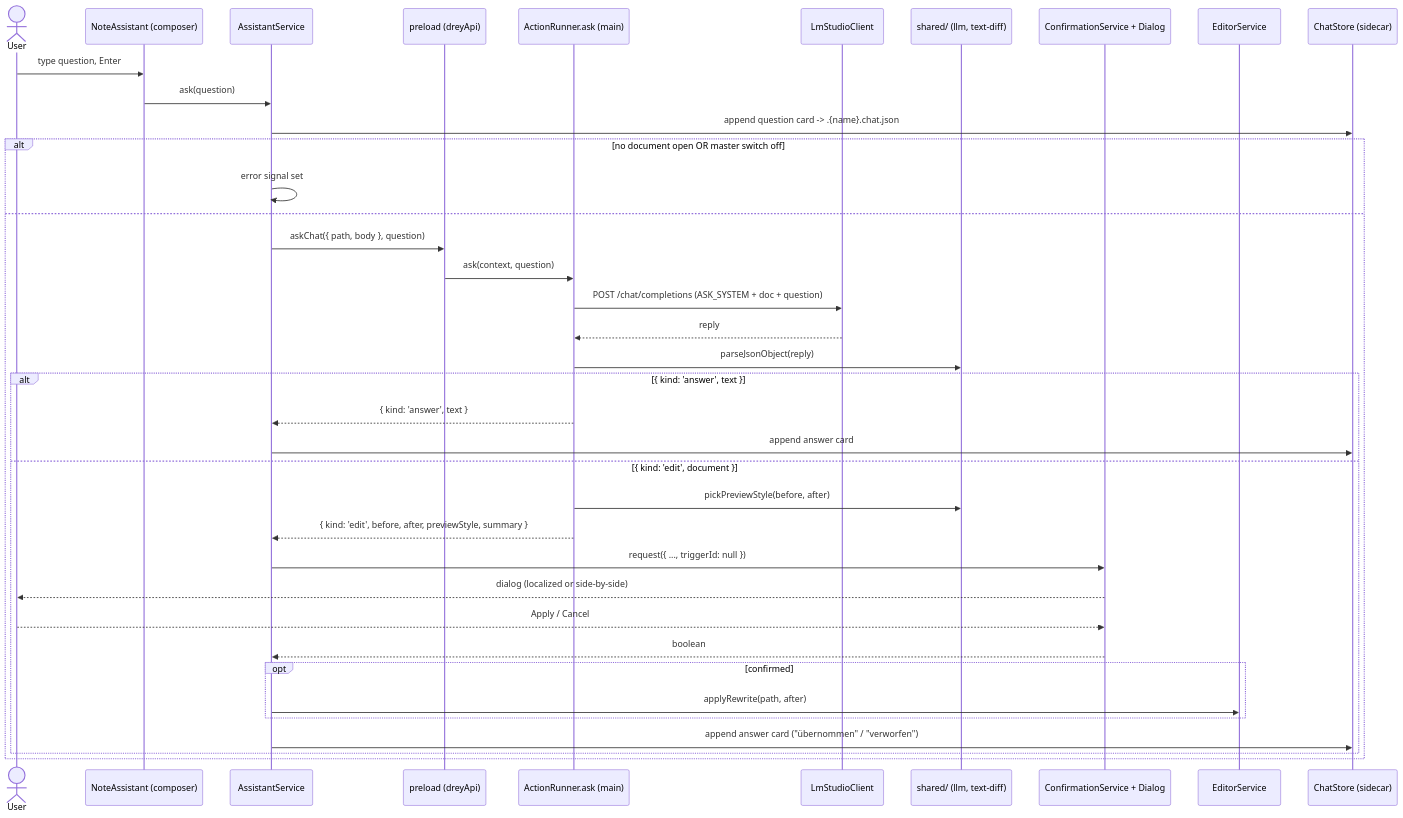
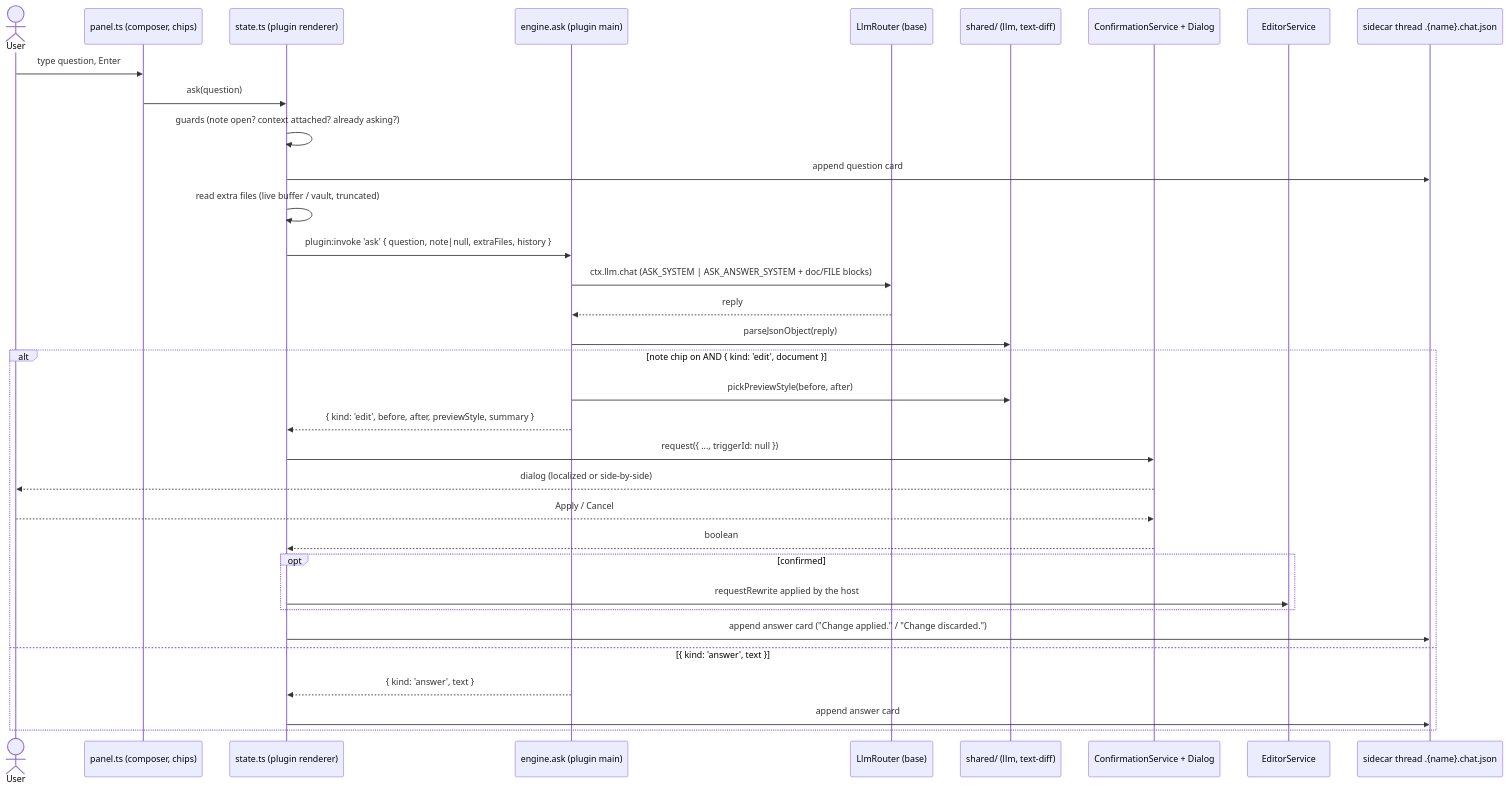
Before and after one commit to HenrikPuls/Drey: the seventh of 36 diagrams in docs/06_runtime_view.md, drawn with Mermaid. The commit also changed other lines of this file and 25 other files, not shown here.

````diff
--- a/docs/06_runtime_view.md
+++ b/docs/06_runtime_view.md
@@ -419,41 +426,37 @@
 ```mermaid
 sequenceDiagram
     actor User
-    participant Panel as NoteAssistant (composer)
-    participant AssistantService
-    participant Preload as preload (dreyApi)
-    participant Runner as ActionRunner.ask (main)
-    participant LM as LmStudioClient
+    participant Panel as panel.ts (composer, chips)
+    participant State as state.ts (plugin renderer)
+    participant Engine as engine.ask (plugin main)
+    participant LM as LlmRouter (base)
     participant Pure as shared/ (llm, text-diff)
     participant Confirm as ConfirmationService + Dialog
     participant EditorService
-    participant Store as ChatStore (sidecar)
+    participant Store as sidecar thread .{name}.chat.json
 
     User->>Panel: type question, Enter
-    Panel->>AssistantService: ask(question)
-    AssistantService->>Store: append question card -> .{name}.chat.json
-    alt no document open OR master switch off
-        AssistantService->>AssistantService: error signal set
-    else
-        AssistantService->>Preload: askChat({ path, body }, question)
-        Preload->>Runner: ask(context, question)
-        Runner->>LM: POST /chat/completions (ASK_SYSTEM + doc + question)
-        LM-->>Runner: reply
-        Runner->>Pure: parseJsonObject(reply)
-        alt { kind: 'answer', text }
-            Runner-->>AssistantService: { kind: 'answer', text }
-            AssistantService->>Store: append answer card
-        else { kind: 'edit', document }
-            Runner->>Pure: pickPreviewStyle(before, after)
-            Runner-->>AssistantService: { kind: 'edit', before, after, previewStyle, summary }
-            AssistantService->>Confirm: request({ ..., triggerId: null })
-            Confirm-->>User: dialog (localized or side-by-side)
-            User-->>Confirm: Apply / Cancel
-            Confirm-->>AssistantService: boolean
-            opt confirmed
-                AssistantService->>EditorService: applyRewrite(path, after)
-            end
-            AssistantService->>Store: append answer card ("übernommen" / "verworfen")
+    Panel->>State: ask(question)
+    State->>State: guards (note open? context attached? already asking?)
+    State->>Store: append question card
+    State->>State: read extra files (live buffer / vault, truncated)
+    State->>Engine: plugin:invoke 'ask' { question, note|null, extraFiles, history }
+    Engine->>LM: ctx.llm.chat (ASK_SYSTEM | ASK_ANSWER_SYSTEM + doc/FILE blocks)
+    LM-->>Engine: reply
+    Engine->>Pure: parseJsonObject(reply)
+    alt note chip on AND { kind: 'edit', document }
+        Engine->>Pure: pickPreviewStyle(before, after)
+        Engine-->>State: { kind: 'edit', before, after, previewStyle, summary }
+        State->>Confirm: request({ ..., triggerId: null })
+        Confirm-->>User: dialog (localized or side-by-side)
+        User-->>Confirm: Apply / Cancel
+        Confirm-->>State: boolean
+        opt confirmed
+            State->>EditorService: requestRewrite applied by the host
         end
+        State->>Store: append answer card ("Change applied." / "Change discarded.")
+    else { kind: 'answer', text }
+        Engine-->>State: { kind: 'answer', text }
+        State->>Store: append answer card
     end
 ```
````
